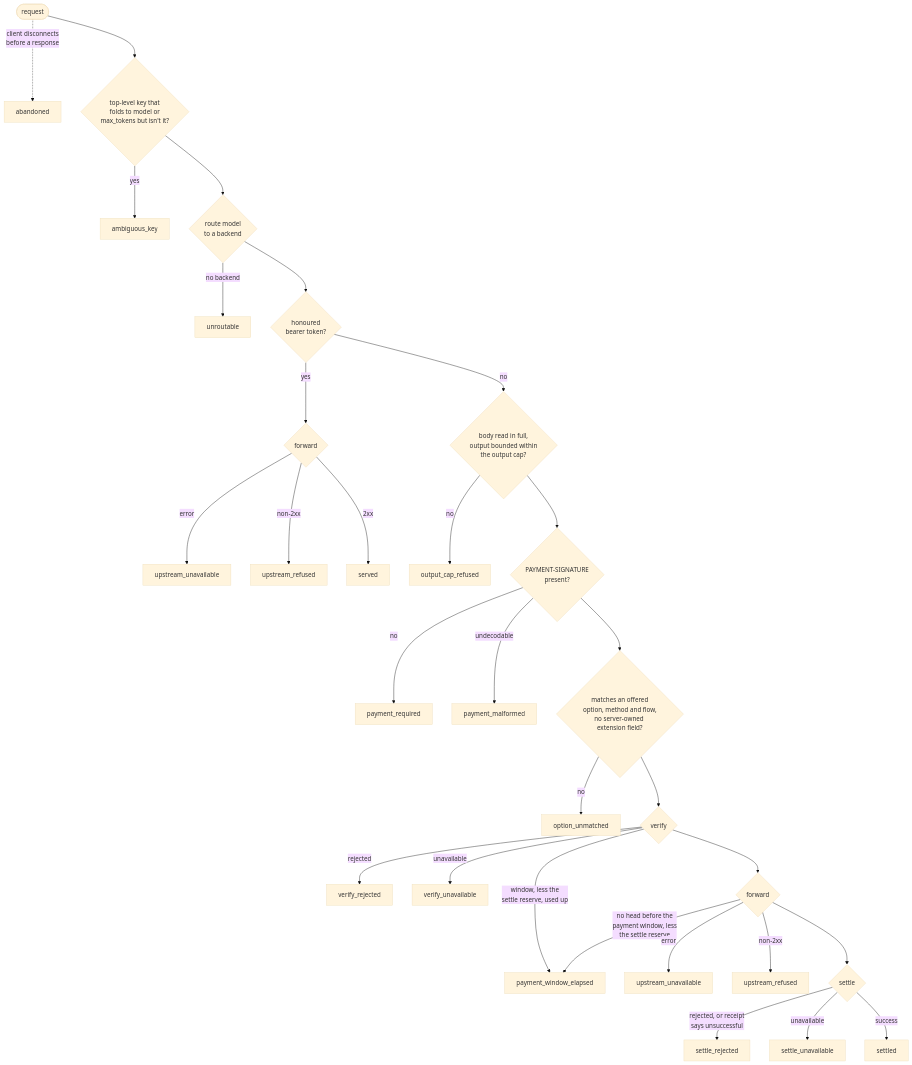
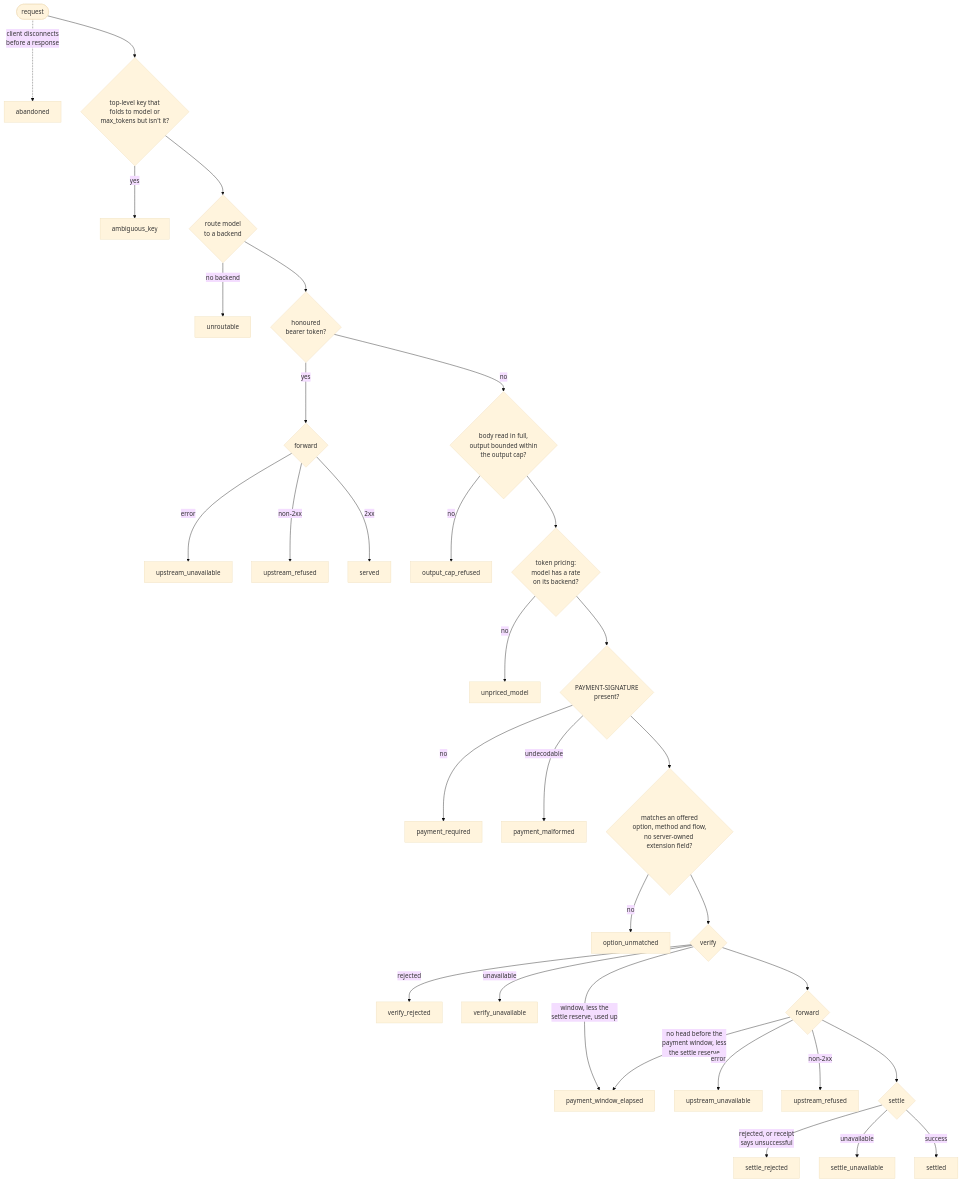
The diagram in docs/telemetry.md (geekinasuit/obolus), drawn with Mermaid (base theme) before and after one commit. The commit also changed other lines of this file and 11 other files, not shown here.

````diff
--- a/docs/telemetry.md
+++ b/docs/telemetry.md
@@ -75,32 +75,34 @@
 ```mermaid
 flowchart TB
   req(["request"]) -.->|"client disconnects<br/>before a response"| abandoned["abandoned"]
   req --> keys{"top-level key that<br/>folds to model or<br/>max_tokens but isn't it?"}
   keys -->|"yes"| ambiguous["ambiguous_key"]
   keys --> route{"route model<br/>to a backend"}
   route -->|"no backend"| unroutable["unroutable"]
   route --> token{"honoured<br/>bearer token?"}
   token -->|"yes"| tfwd{"forward"}
   tfwd -->|"error"| t_unavail["upstream_unavailable"]
   tfwd -->|"non-2xx"| t_refused["upstream_refused"]
   tfwd -->|"2xx"| served["served"]
   token -->|"no"| cap{"body read in full,<br/>output bounded within<br/>the output cap?"}
   cap -->|"no"| capped["output_cap_refused"]
-  cap --> hdr{"PAYMENT-SIGNATURE<br/>present?"}
+  cap --> rated{"token pricing:<br/>model has a rate<br/>on its backend?"}
+  rated -->|"no"| unpriced["unpriced_model"]
+  rated --> hdr{"PAYMENT-SIGNATURE<br/>present?"}
   hdr -->|"no"| required["payment_required"]
   hdr -->|"undecodable"| malformed["payment_malformed"]
   hdr --> match{"matches an offered<br/>option, method and flow,<br/>no server-owned extension field?"}
   match -->|"no"| unmatched["option_unmatched"]
   match --> verify{"verify"}
   verify -->|"rejected"| v_rej["verify_rejected"]
   verify -->|"unavailable"| v_unavail["verify_unavailable"]
   verify -->|"window, less the<br/>settle reserve, used up"| w_elapsed["payment_window_elapsed"]
   verify --> fwd{"forward"}
   fwd -->|"no head before the<br/>payment window, less<br/>the settle reserve"| w_elapsed
   fwd -->|"error"| u_unavail["upstream_unavailable"]
   fwd -->|"non-2xx"| u_refused["upstream_refused"]
   fwd --> settle{"settle"}
   settle -->|"rejected, or receipt<br/>says unsuccessful"| s_rej["settle_rejected"]
   settle -->|"unavailable"| s_unavail["settle_unavailable"]
   settle -->|"success"| settled["settled"]
 ```
````
